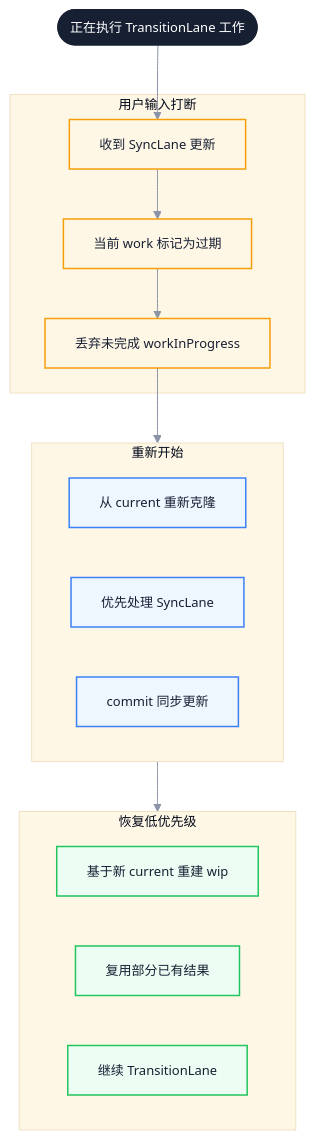
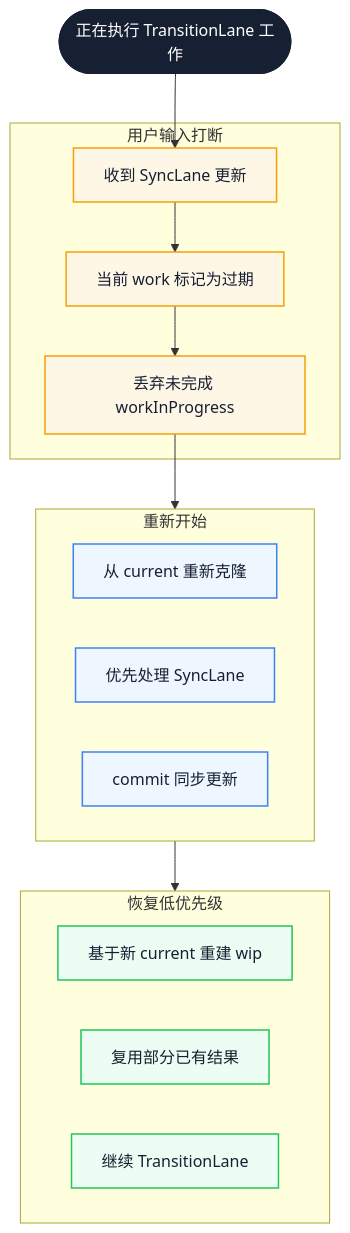
The fifth of 7 diagrams in docs/frameworks/react-fiber.md (Fatejian/frontier-vault), drawn with Mermaid before and after one commit. The commit also changed other lines of this file and 41 other files, not shown here.

````diff
--- a/docs/frameworks/react-fiber.md
+++ b/docs/frameworks/react-fiber.md
@@ -595,36 +528,35 @@
 ```mermaid
-%%{init: {'theme': 'base', 'themeVariables': { 'fontFamily': 'Inter, PingFang SC, Microsoft YaHei, sans-serif', 'primaryColor': '#EEF6FF', 'primaryTextColor': '#172033', 'primaryBorderColor': '#6EA8FE', 'lineColor': '#8A94A6', 'secondaryColor': '#F7F9FC', 'tertiaryColor': '#FFF7E6', 'fontSize': '13px'}}}%%
 flowchart TB
-    Start([正在执行 TransitionLane 工作])
+    Start(["正在执行 TransitionLane 工作"])
 
-    subgraph Interrupt[用户输入打断]
-        I1[收到 SyncLane 更新]
-        I2[当前 work 标记为过期]
-        I3[丢弃未完成 workInProgress]
+    subgraph Interrupt["用户输入打断"]
+        I1["收到 SyncLane 更新"]
+        I2["当前 work 标记为过期"]
+        I3["丢弃未完成 workInProgress"]
     end
 
-    subgraph Restart[重新开始]
-        R1[从 current 重新克隆]
-        R2[优先处理 SyncLane]
-        R3[commit 同步更新]
+    subgraph Restart["重新开始"]
+        R1["从 current 重新克隆"]
+        R2["优先处理 SyncLane"]
+        R3["commit 同步更新"]
     end
 
-    subgraph Resume[恢复低优先级]
-        RR1[基于新 current 重建 wip]
-        RR2[复用部分已有结果]
-        RR3[继续 TransitionLane]
+    subgraph Resume["恢复低优先级"]
+        RR1["基于新 current 重建 wip"]
+        RR2["复用部分已有结果"]
+        RR3["继续 TransitionLane"]
     end
 
     Start --> I1 --> I2 --> I3 --> Restart
     Restart --> Resume
 
-    classDef start fill:#172033,color:#fff,stroke:#172033,stroke-width:2px;
-    classDef interrupt fill:#FFF7E6,stroke:#F59E0B,color:#172033,stroke-width:1.5px;
-    classDef restart fill:#EEF6FF,stroke:#3B82F6,color:#172033,stroke-width:1.5px;
-    classDef resume fill:#ECFDF3,stroke:#22C55E,color:#172033,stroke-width:1.5px;
+    classDef core fill:#172033,color:#fff,stroke:#172033,stroke-width:2px;
+    classDef block fill:#FFF7E6,stroke:#F59E0B,color:#172033,stroke-width:1.5px;
+    classDef wait fill:#EEF6FF,stroke:#3B82F6,color:#172033,stroke-width:1.5px;
+    classDef work fill:#ECFDF3,stroke:#22C55E,color:#172033,stroke-width:1.5px;
 
-    class Start start;
-    class I1,I2,I3 interrupt;
-    class R1,R2,R3 restart;
-    class RR1,RR2,RR3 resume;
+    class Start core;
+    class I1,I2,I3 block;
+    class R1,R2,R3 wait;
+    class RR1,RR2,RR3 work;
 ```
````
